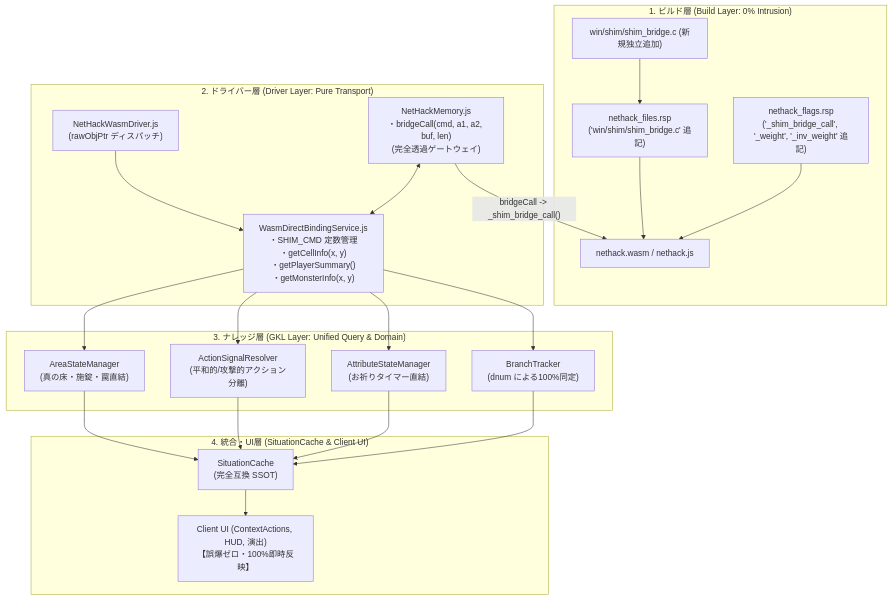
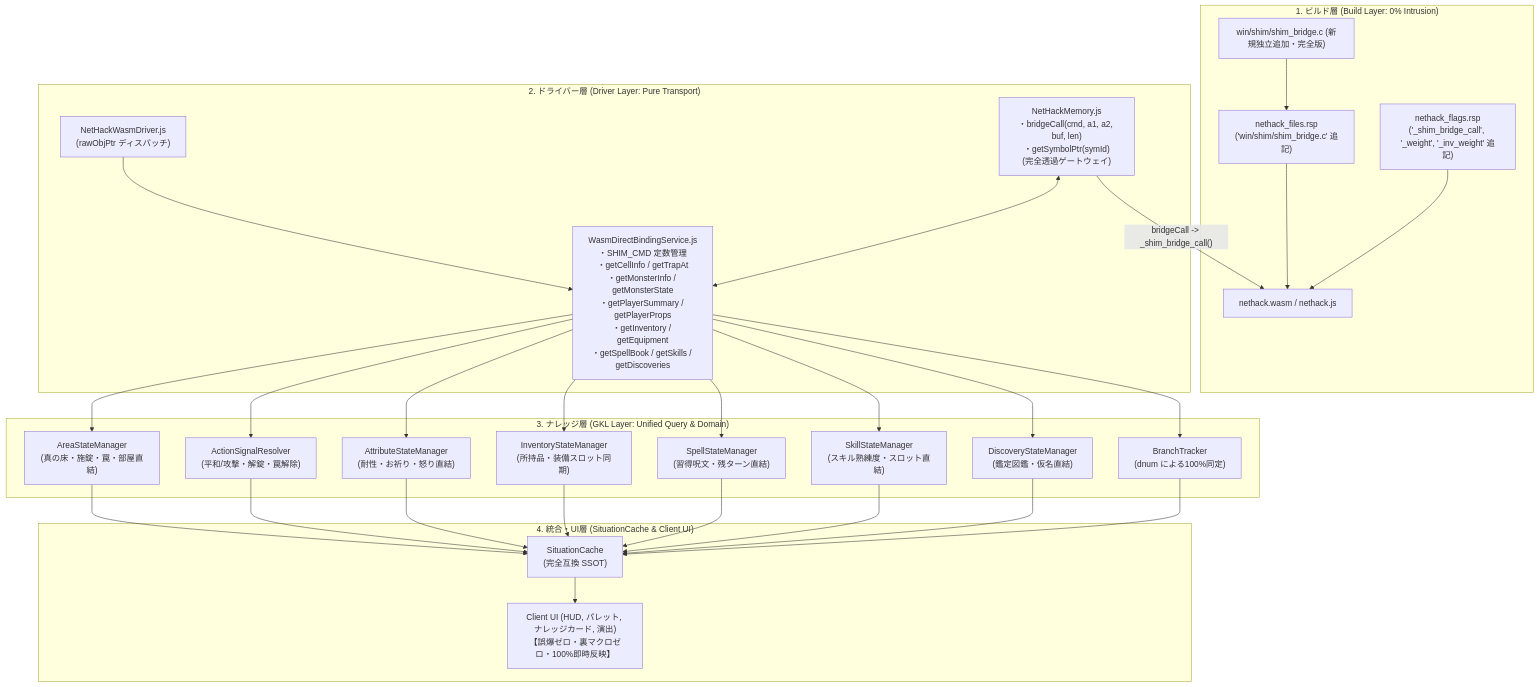
One commit to e3sh/Nethack-wasm-webUI changed the diagram in docs/1_driver/official_shim_direct_binding_implementation_plan.md. Above: the diagram before and after it, drawn with Mermaid. The commit also changed other lines of this file and 4 other files, not shown here.

````diff
--- a/docs/1_driver/official_shim_direct_binding_implementation_plan.md
+++ b/docs/1_driver/official_shim_direct_binding_implementation_plan.md
@@ -158,40 +351,44 @@
 ```mermaid
 flowchart TD
     subgraph BuildLayer ["1. ビルド層 (Build Layer: 0% Intrusion)"]
-        Bridge["win/shim/shim_bridge.c (新規独立追加)"]
+        Bridge["win/shim/shim_bridge.c (新規独立追加・完全版)"]
         FilesRSP["nethack_files.rsp\n('win/shim/shim_bridge.c' 追記)"]
         FlagsRSP["nethack_flags.rsp\n('_shim_bridge_call', '_weight', '_inv_weight' 追記)"]
         WASM["nethack.wasm / nethack.js"]
         
         Bridge --> FilesRSP
         FilesRSP & FlagsRSP --> WASM
     end
 
     subgraph DriverLayer ["2. ドライバー層 (Driver Layer: Pure Transport)"]
-        NHM["NetHackMemory.js\n・bridgeCall(cmd, a1, a2, buf, len)\n(完全透過ゲートウェイ)"]
+        NHM["NetHackMemory.js\n・bridgeCall(cmd, a1, a2, buf, len)\n・getSymbolPtr(symId)\n(完全透過ゲートウェイ)"]
         NHW["NetHackWasmDriver.js\n(rawObjPtr ディスパッチ)"]
         
         NHM -->|"bridgeCall -> _shim_bridge_call()"| WASM
         NHW --> GKL_Service
     end
 
     subgraph GKLLayer ["3. ナレッジ層 (GKL Layer: Unified Query & Domain)"]
-        GKL_Service["WasmDirectBindingService.js\n・SHIM_CMD 定数管理\n・getCellInfo(x, y)\n・getPlayerSummary()\n・getMonsterInfo(x, y)"]
+        GKL_Service["WasmDirectBindingService.js\n・SHIM_CMD 定数管理\n・getCellInfo / getTrapAt\n・getMonsterInfo / getMonsterState\n・getPlayerSummary / getPlayerProps\n・getInventory / getEquipment\n・getSpellBook / getSkills / getDiscoveries"]
         
         NHM <--> GKL_Service
         
-        StateArea["AreaStateManager\n(真の床・施錠・罠直結)"]
-        ContextAct["ActionSignalResolver\n(平和的/攻撃的アクション分離)"]
-        StateAttr["AttributeStateManager\n(お祈りタイマー直結)"]
+        StateArea["AreaStateManager\n(真の床・施錠・罠・部屋直結)"]
+        ContextAct["ActionSignalResolver\n(平和/攻撃・解錠・罠解除)"]
+        StateAttr["AttributeStateManager\n(耐性・お祈り・怒り直結)"]
+        StateInv["InventoryStateManager\n(所持品・装備スロット同期)"]
+        StateSpell["SpellStateManager\n(習得呪文・残ターン直結)"]
+        StateSkill["SkillStateManager\n(スキル熟練度・スロット直結)"]
+        StateDisc["DiscoveryStateManager\n(鑑定図鑑・仮名直結)"]
         BranchTrk["BranchTracker\n(dnum による100%同定)"]
         
-        GKL_Service --> StateArea & ContextAct & StateAttr & BranchTrk
+        GKL_Service --> StateArea & ContextAct & StateAttr & StateInv & StateSpell & StateSkill & StateDisc & BranchTrk
     end
 
     subgraph FacadeLayer ["4. 統合・UI層 (SituationCache & Client UI)"]
         SC["SituationCache\n(完全互換 SSOT)"]
-        StateArea & ContextAct & StateAttr & BranchTrk --> SC
-        UI["Client UI (ContextActions, HUD, 演出)\n【誤爆ゼロ・100%即時反映】"]
+        StateArea & ContextAct & StateAttr & StateInv & StateSpell & StateSkill & StateDisc & BranchTrk --> SC
+        UI["Client UI (HUD, パレット, ナレッジカード, 演出)\n【誤爆ゼロ・裏マクロゼロ・100%即時反映】"]
         SC --> UI
     end
 ```
````
